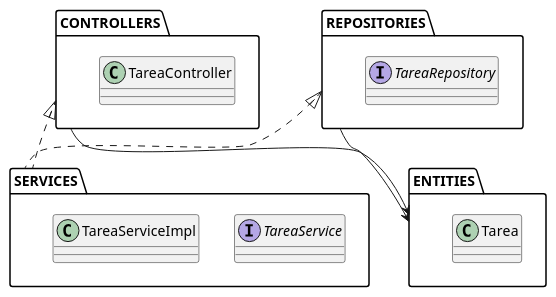
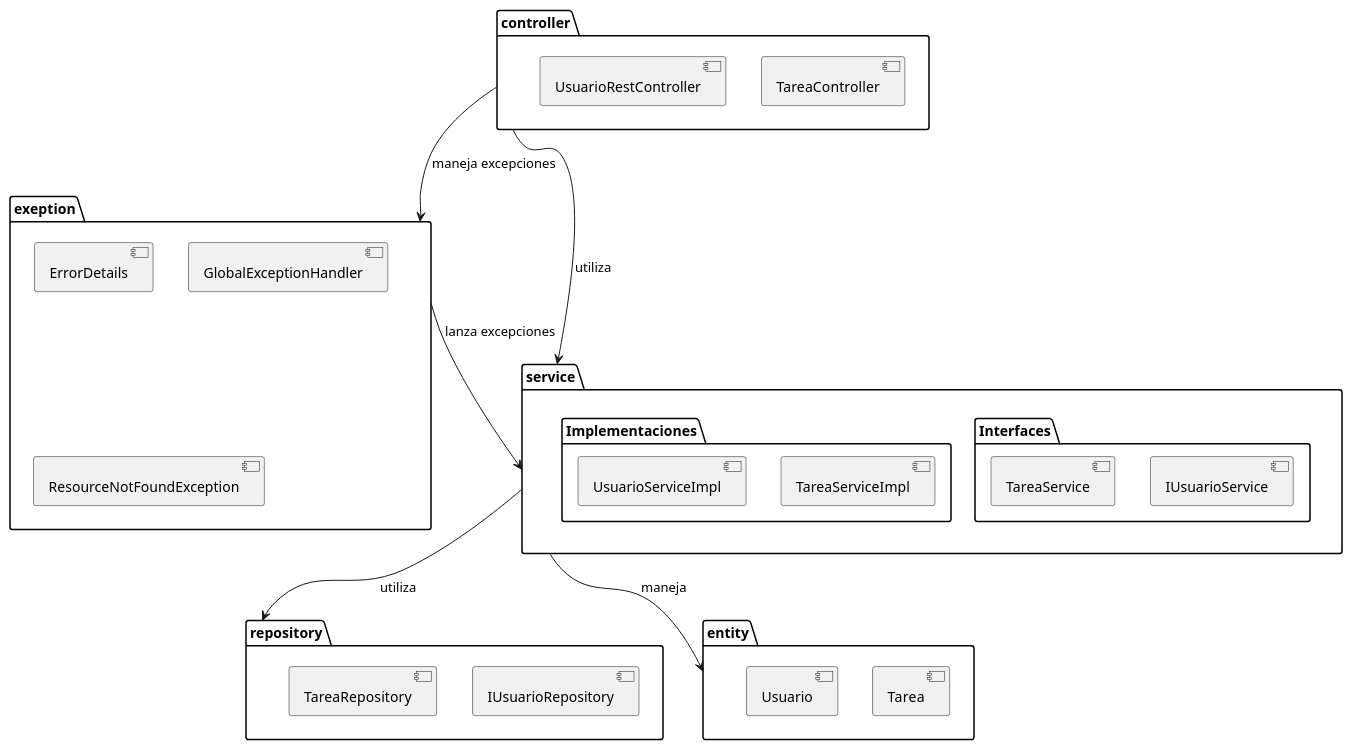
The diagram in diagramas/diagrama-paquetes/diagrama-paquetes.wsd (Oscarsl10/proyecto-analisis-sistemas-2024-b-g2), drawn with PlantUML before and after one commit. The commit also changed 1 other file, not shown here.

```diff
--- a/diagramas/diagrama-paquetes/diagrama-paquetes.wsd
+++ b/diagramas/diagrama-paquetes/diagrama-paquetes.wsd
@@ -1,25 +1,41 @@
 @startuml
 
-package "SERVICES" {
-    interface TareaService
-    class TareaServiceImpl
+package "controller" {
+    [TareaController]
+    [UsuarioRestController]
 }
 
-package "CONTROLLERS" {
-    class TareaController
+package "service" {
+    package "Interfaces" {
+        [IUsuarioService]
+        [TareaService]
+    }
+    package "Implementaciones" {
+        [TareaServiceImpl]
+        [UsuarioServiceImpl]
+    }
 }
 
-package "ENTITIES" {
-    class Tarea
+package "repository" {
+    [IUsuarioRepository]
+    [TareaRepository]
 }
 
-package "REPOSITORIES" {
-    interface TareaRepository
+package "entity" {
+    [Tarea]
+    [Usuario]
 }
 
-SERVICES .up.|> CONTROLLERS
-SERVICES .up.|> REPOSITORIES
-CONTROLLERS --> ENTITIES
-REPOSITORIES --> ENTITIES
+package "exeption" {
+    [ErrorDetails]
+    [GlobalExceptionHandler]
+    [ResourceNotFoundException]
+}
+
+controller --> service : utiliza
+service --> repository : utiliza
+service --> entity : maneja
+controller --> exeption : maneja excepciones
+exeption --> service : lanza excepciones
 
 @enduml
```
